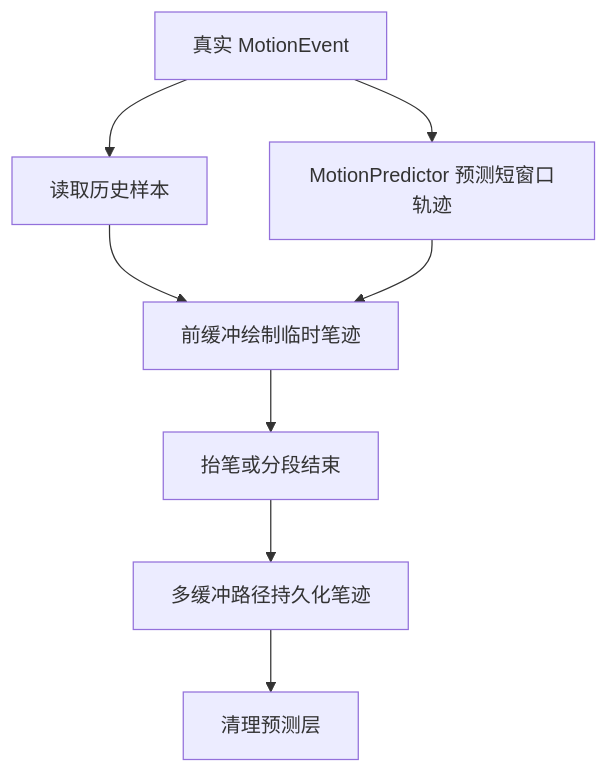
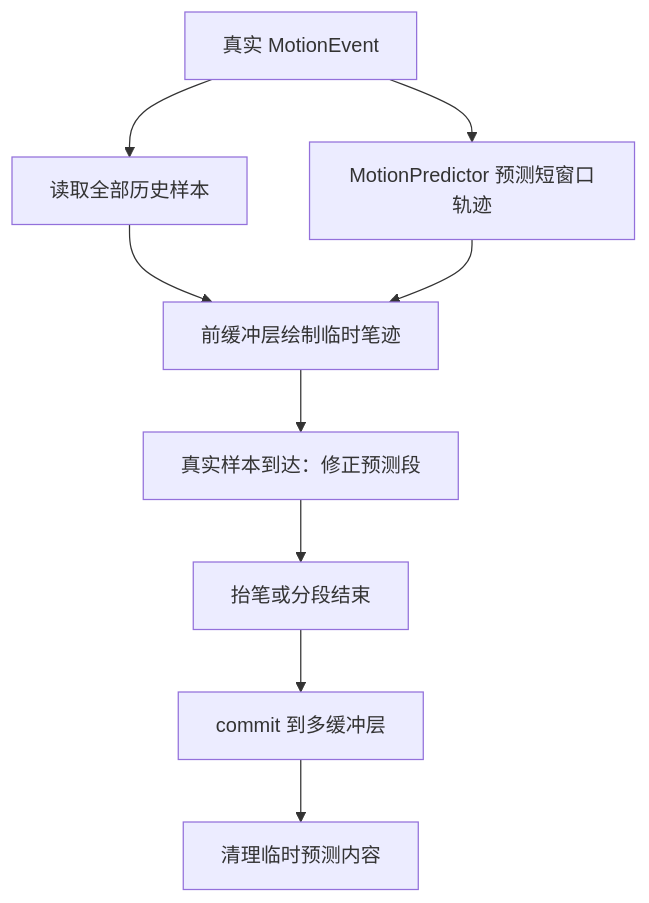
The second of 2 diagrams in src/part1-fundamentals/ch03-input/04-input-latency-prediction.md (Gracker/android-internals-wiki), drawn with Mermaid before and after one commit. The commit also changed other lines of this file, not shown here.

Commit message:
review input latency and motion prediction for Android 17

````diff
--- a/src/part1-fundamentals/ch03-input/04-input-latency-prediction.md
+++ b/src/part1-fundamentals/ch03-input/04-input-latency-prediction.md
@@ -370,10 +414,11 @@
 ```mermaid
-graph TD
-    A[真实 MotionEvent] --> B[读取历史样本]
-    A --> C[MotionPredictor 预测短窗口轨迹]
-    B --> D[前缓冲绘制临时笔迹]
+flowchart TD
+    A["真实 MotionEvent"] --> B["读取全部历史样本"]
+    A --> C["MotionPredictor 预测短窗口轨迹"]
+    B --> D["前缓冲层绘制临时笔迹"]
     C --> D
-    D --> E[抬笔或分段结束]
-    E --> F[多缓冲路径持久化笔迹]
-    F --> G[清理预测层]
+    D --> E["真实样本到达：修正预测段"]
+    E --> F["抬笔或分段结束"]
+    F --> G["commit 到多缓冲层"]
+    G --> H["清理临时预测内容"]
 ```
````
